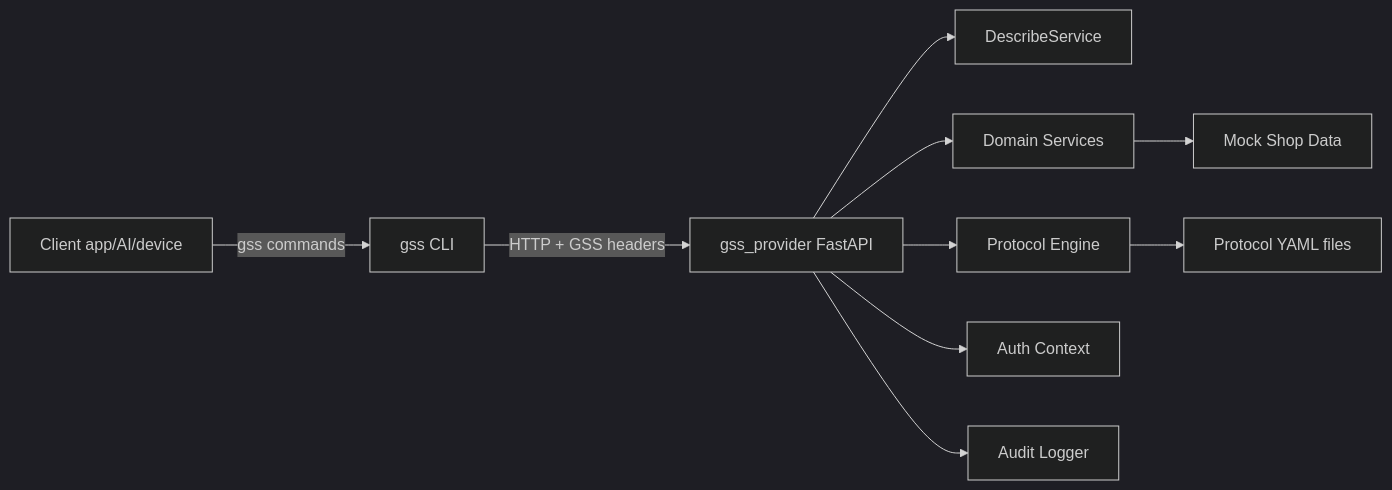
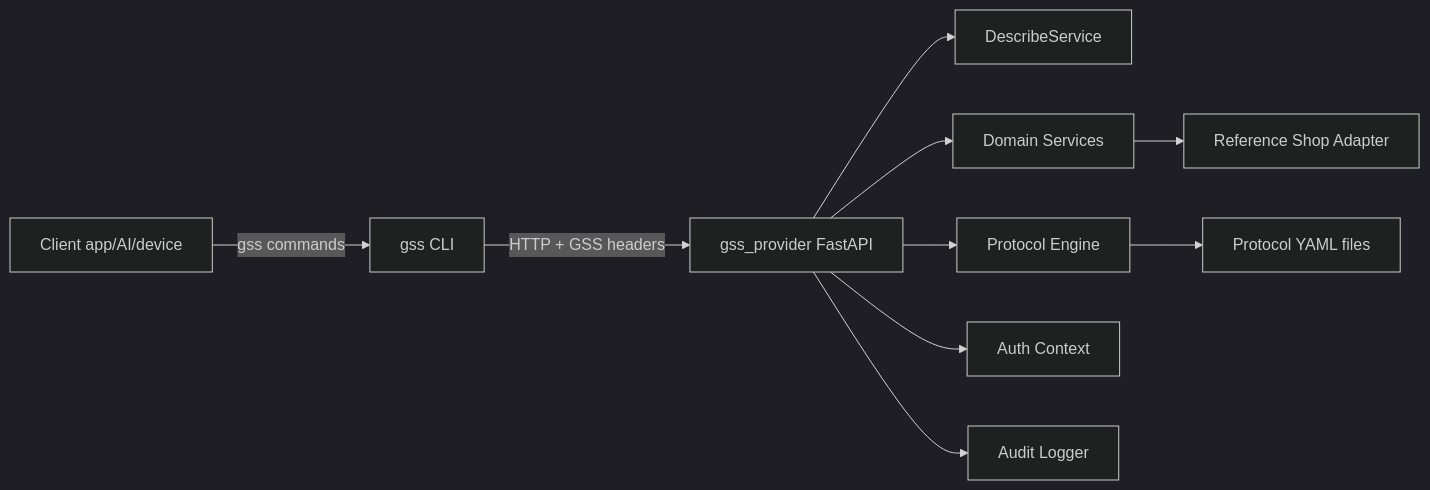
One commit to Global-Support-Standard/global-support-standard changed the diagram in README.md. Above: the diagram before and after it, drawn with Mermaid (dark theme). The commit also changed other lines of this file and 5 other files, not shown here.

First line of the commit message:
Replace MVP/mock wording with production-safe reference terminology. (#4)

````diff
--- a/README.md
+++ b/README.md
@@ -66,12 +66,12 @@
 ```mermaid
 flowchart LR
   consumerClient[Client app/AI/device] -->|gss commands| cli[gss CLI]
   cli -->|HTTP + GSS headers| provider[gss_provider FastAPI]
   provider --> describe[DescribeService]
   provider --> domains[Domain Services]
   provider --> protocols[Protocol Engine]
   provider --> auth[Auth Context]
   provider --> audit[Audit Logger]
-  domains --> adapter[Mock Shop Data]
+  domains --> adapter[Reference Shop Adapter]
   protocols --> yaml[Protocol YAML files]
 ```
````
